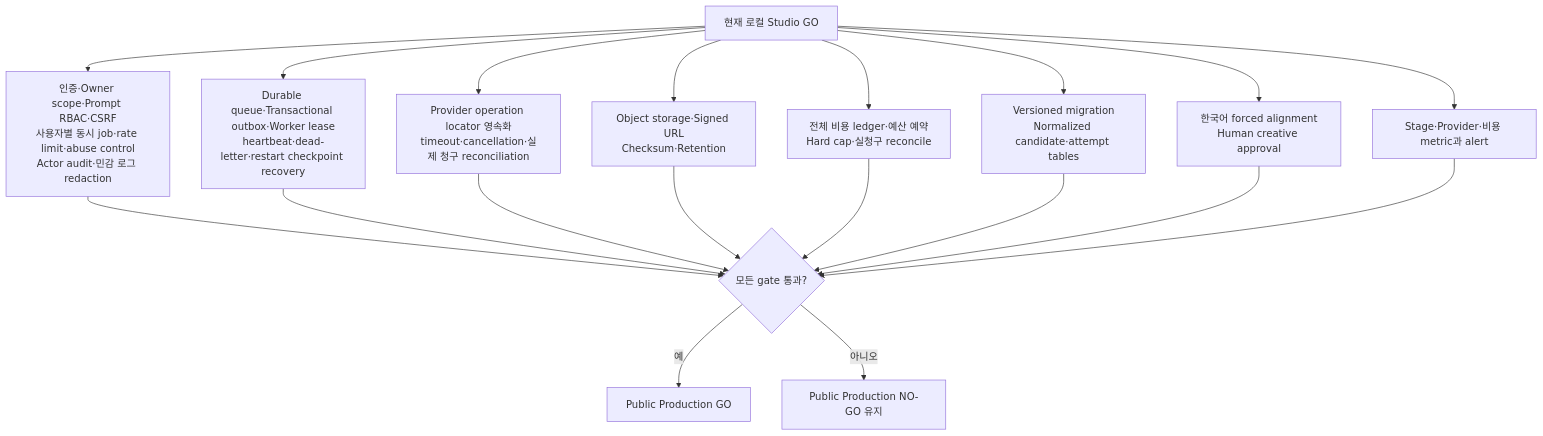
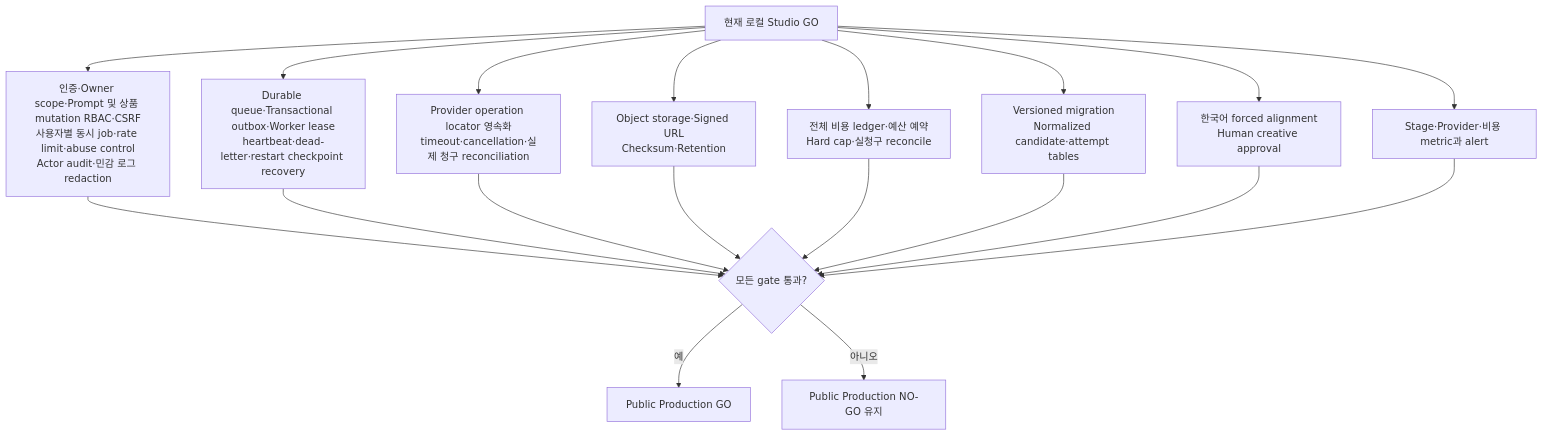
One commit to qdot-ai-reels/frontend changed the tenth of 10 diagrams in docs/service-user-guide.ko.md. Above: the diagram before and after it, drawn with Mermaid. The commit also changed other lines of this file and 21 other files, not shown here.

```diff
--- a/docs/service-user-guide.ko.md
+++ b/docs/service-user-guide.ko.md
@@ -1030,23 +1204,23 @@
 ~~~mermaid
 flowchart TB
     LOCAL["현재 로컬 Studio GO"]
-    LOCAL --> SECURITY["인증·Owner scope·Prompt RBAC·CSRF<br/>사용자별 동시 job·rate limit·abuse control<br/>Actor audit·민감 로그 redaction"]
+    LOCAL --> SECURITY["인증·Owner scope·Prompt 및 상품 mutation RBAC·CSRF<br/>사용자별 동시 job·rate limit·abuse control<br/>Actor audit·민감 로그 redaction"]
     LOCAL --> QUEUE["Durable queue·Transactional outbox·Worker lease<br/>heartbeat·dead-letter·restart checkpoint recovery"]
     LOCAL --> PROVIDER["Provider operation locator 영속화<br/>timeout·cancellation·실제 청구 reconciliation"]
     LOCAL --> STORE["Object storage·Signed URL<br/>Checksum·Retention"]
     LOCAL --> COST["전체 비용 ledger·예산 예약<br/>Hard cap·실청구 reconcile"]
     LOCAL --> DB["Versioned migration<br/>Normalized candidate·attempt tables"]
     LOCAL --> QA["한국어 forced alignment<br/>Human creative approval"]
     LOCAL --> OBS["Stage·Provider·비용 metric과 alert"]
 
     SECURITY --> GATE{"모든 gate 통과?"}
     QUEUE --> GATE
     PROVIDER --> GATE
     STORE --> GATE
     COST --> GATE
     DB --> GATE
     QA --> GATE
     OBS --> GATE
     GATE -- "예" --> PROD["Public Production GO"]
     GATE -- "아니오" --> NOGO["Public Production NO-GO 유지"]
 ~~~
```
